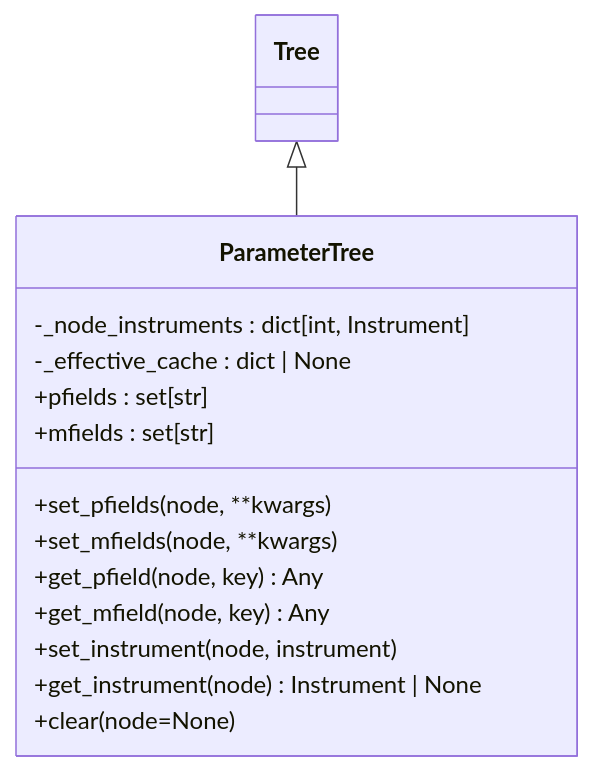
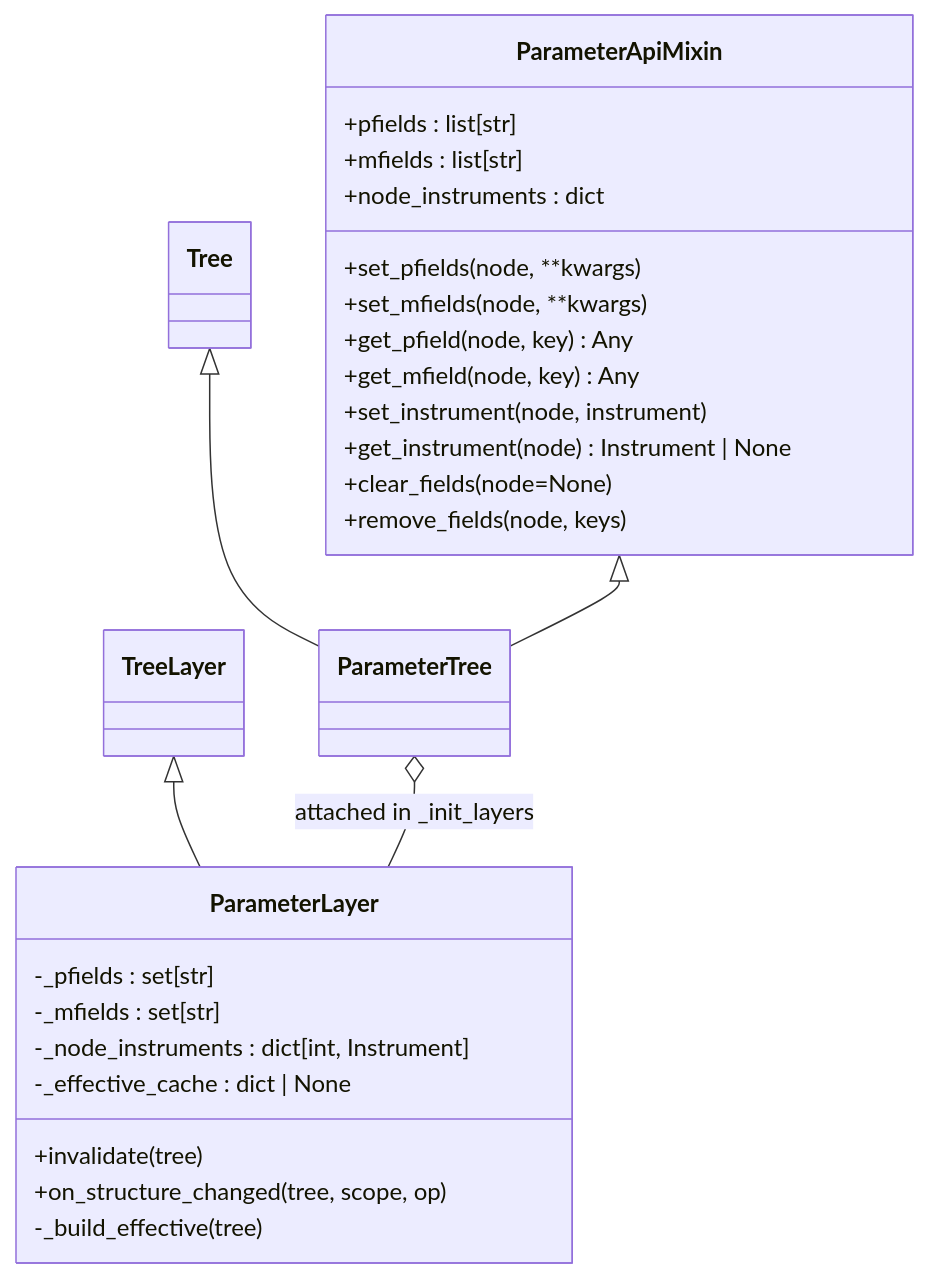
Before and after one commit to kr4g/Klotho: the third of 9 diagrams in docs/architecture/05_THETOS.md, drawn with Mermaid. The commit also changed other lines of this file and 13 other files, not shown here.

First line of the commit message:
Overhaul architecture docs for Klotho 10.x API

````diff
--- a/docs/architecture/05_THETOS.md
+++ b/docs/architecture/05_THETOS.md
@@ -135,18 +151,32 @@
 ```mermaid
 classDiagram
     Tree <|-- ParameterTree
+    ParameterApiMixin <|-- ParameterTree
+    TreeLayer <|-- ParameterLayer
 
-    class ParameterTree {
+    class ParameterLayer {
+        -_pfields : set[str]
+        -_mfields : set[str]
         -_node_instruments : dict[int, Instrument]
         -_effective_cache : dict | None
-        +pfields : set[str]
-        +mfields : set[str]
+        +invalidate(tree)
+        +on_structure_changed(tree, scope, op)
+        -_build_effective(tree)
+    }
+
+    class ParameterApiMixin {
+        +pfields : list[str]
+        +mfields : list[str]
+        +node_instruments : dict
         +set_pfields(node, **kwargs)
         +set_mfields(node, **kwargs)
         +get_pfield(node, key) Any
         +get_mfield(node, key) Any
         +set_instrument(node, instrument)
         +get_instrument(node) Instrument | None
-        +clear(node=None)
+        +clear_fields(node=None)
+        +remove_fields(node, keys)
     }
+
+    ParameterTree o-- ParameterLayer : attached in _init_layers
 ```
````
